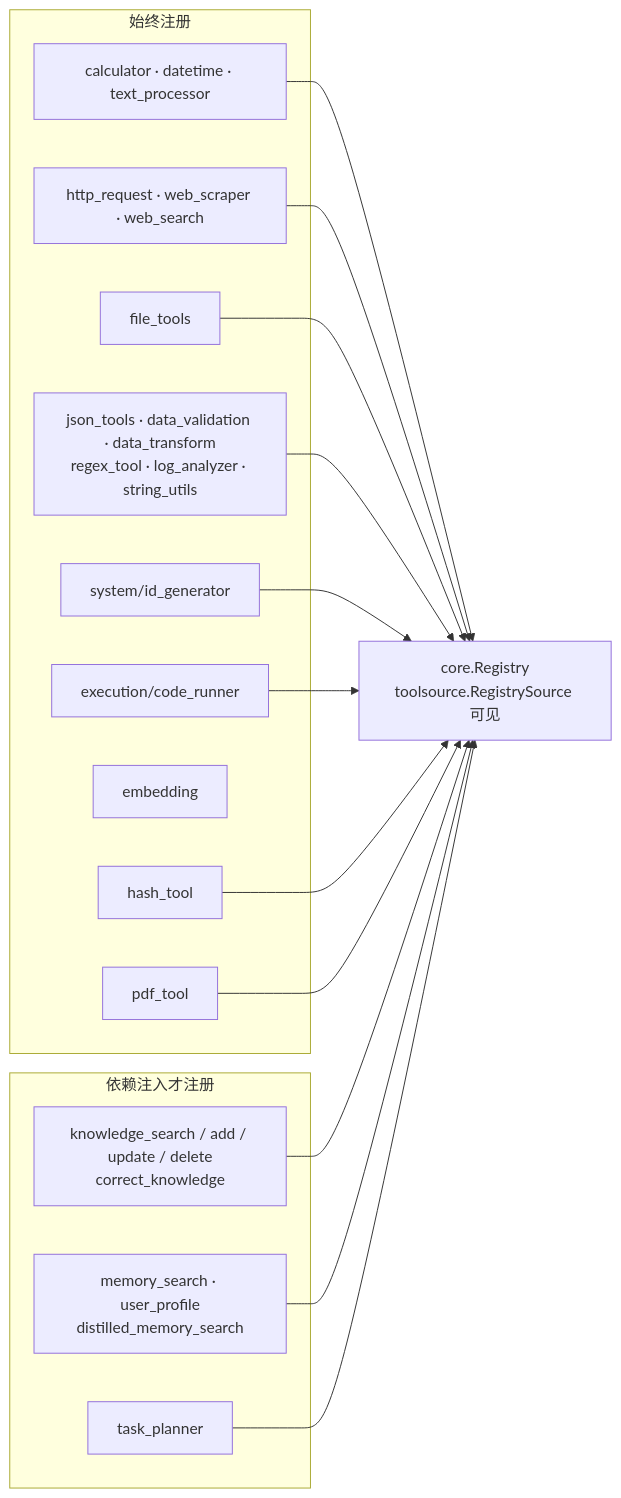
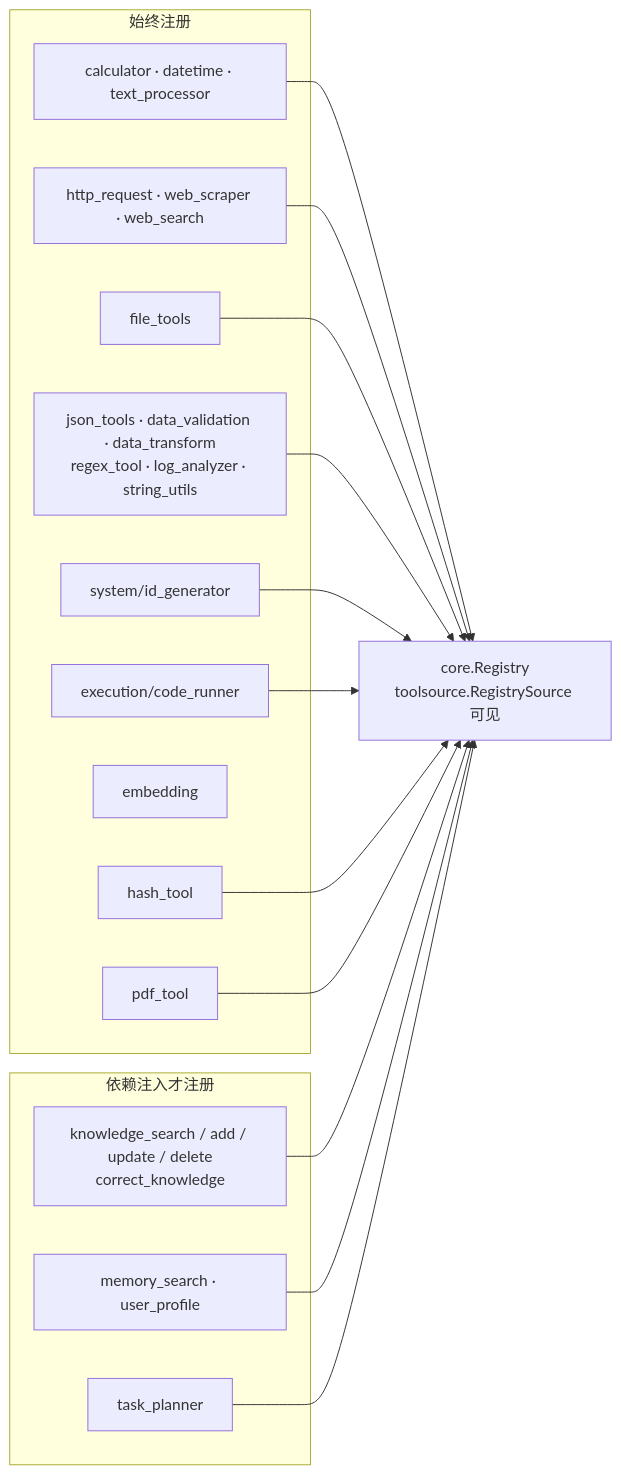
One commit to Timwood0x10/goagent changed the second of 4 diagrams in docs/articles/zh/05-tool-system-deep-dive.md. Above: the diagram before and after it, drawn with Mermaid. The commit also changed other lines of this file and 42 other files, not shown here.

````diff
--- a/docs/articles/zh/05-tool-system-deep-dive.md
+++ b/docs/articles/zh/05-tool-system-deep-dive.md
@@ -233,30 +233,30 @@
 ```mermaid
 graph LR
     subgraph 始终注册
         MATH[calculator · datetime · text_processor]
         NET[http_request · web_scraper · web_search]
         FILE[file_tools]
         TEXT[json_tools · data_validation · data_transform<br/>regex_tool · log_analyzer · string_utils]
         SYS[system/id_generator]
         EXEC[execution/code_runner]
         EMB[embedding]
         CRYPTO[hash_tool]
         PDF[pdf_tool]
     end
     subgraph 依赖注入才注册
         KNOW[knowledge_search / add / update / delete<br/>correct_knowledge]
-        MEM[memory_search · user_profile<br/>distilled_memory_search]
+        MEM[memory_search · user_profile]
         PLANTOOL[task_planner]
     end
     MATH --> C[core.Registry<br/>toolsource.RegistrySource 可见]
     NET --> C
     FILE --> C
     TEXT --> C
     SYS --> C
     EXEC --> C
     CRYPTO --> C
     PDF --> C
     KNOW --> C
     MEM --> C
     PLANTOOL --> C
 ```
````
